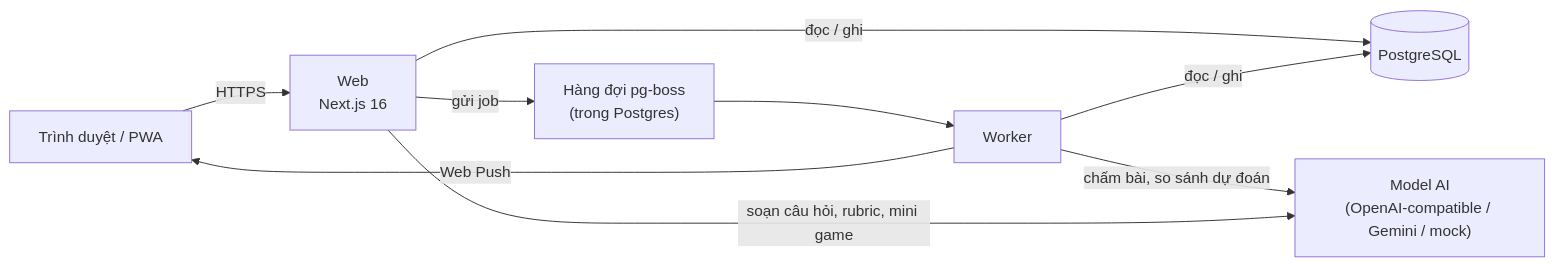
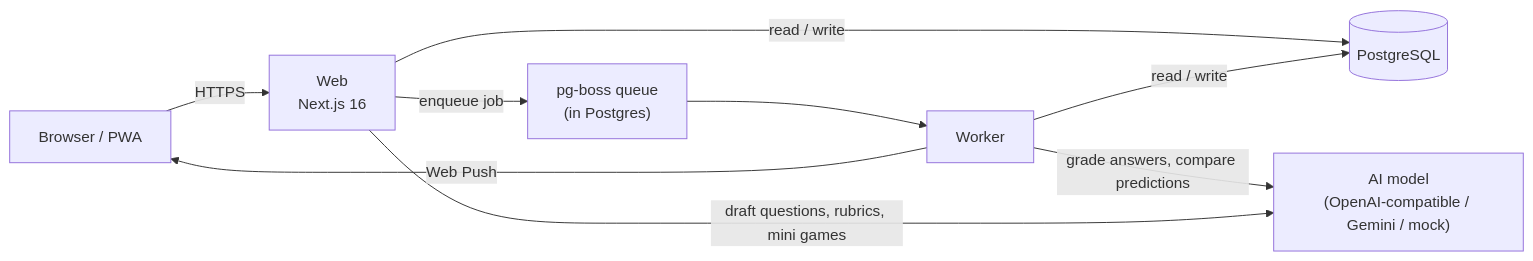
The first of 2 diagrams in docs/architecture.md (xuan-tu-ai/Readly), drawn with Mermaid before and after one commit. The commit also changed other lines of this file and 9 other files, not shown here.

````diff
--- a/docs/architecture.md
+++ b/docs/architecture.md
@@ -5,11 +7,11 @@
 ```mermaid
 flowchart LR
-    U["Trình duyệt / PWA"] -- HTTPS --> W["Web<br/>Next.js 16"]
-    W -- "đọc / ghi" --> DB[("PostgreSQL")]
-    W -- "gửi job" --> Q["Hàng đợi pg-boss<br/>(trong Postgres)"]
+    U["Browser / PWA"] -- HTTPS --> W["Web<br/>Next.js 16"]
+    W -- "read / write" --> DB[("PostgreSQL")]
+    W -- "enqueue job" --> Q["pg-boss queue<br/>(in Postgres)"]
     Q --> K["Worker"]
-    K -- "đọc / ghi" --> DB
-    K -- "chấm bài, so sánh dự đoán" --> AI["Model AI<br/>(OpenAI-compatible / Gemini / mock)"]
-    W -- "soạn câu hỏi, rubric, mini game" --> AI
+    K -- "read / write" --> DB
+    K -- "grade answers, compare predictions" --> AI["AI model<br/>(OpenAI-compatible / Gemini / mock)"]
+    W -- "draft questions, rubrics, mini games" --> AI
     K -- "Web Push" --> U
 ```
````
